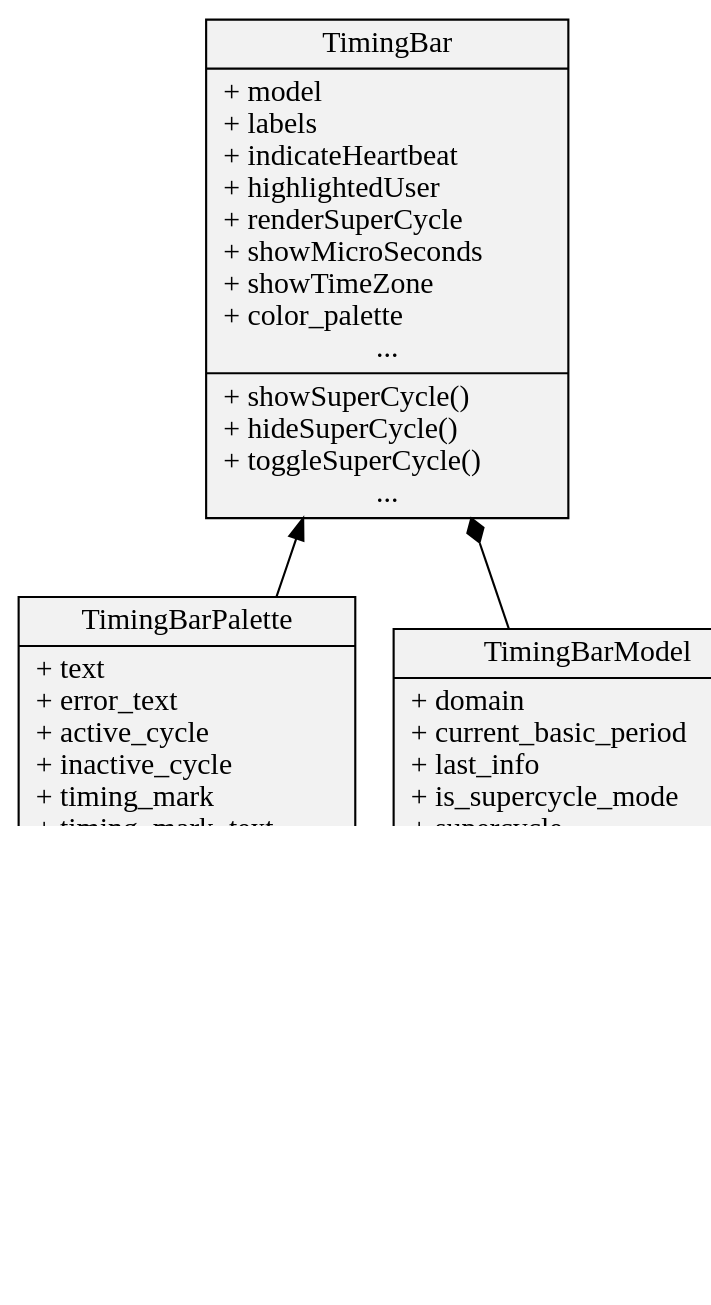
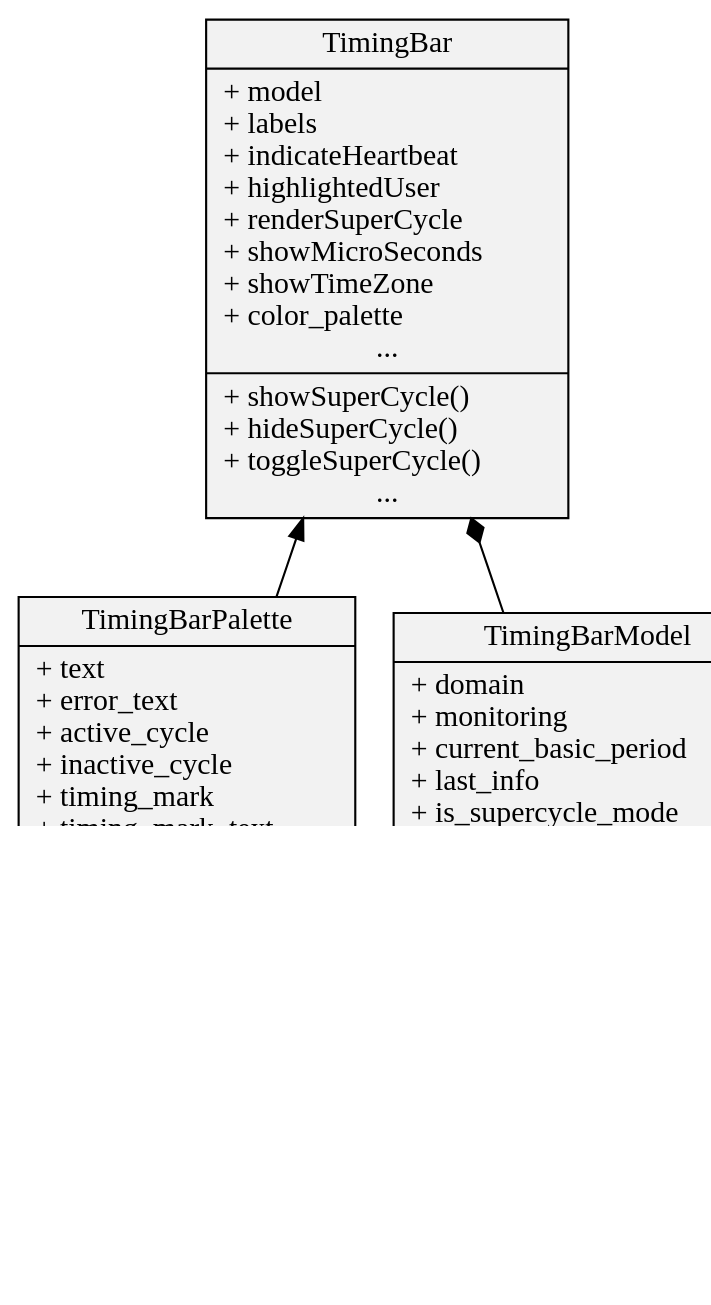
The diagram in docs/widgets/timing_bar/api/modules.rst (jfpatrick/accsoft-gui-pyqt-widgets), drawn with Graphviz before and after one commit. The commit also changed 2 other files, not shown here.

Commit message:
Do not auto start new subscriptions if monitoring has been disabled

```diff
--- a/docs/widgets/timing_bar/api/modules.rst
+++ b/docs/widgets/timing_bar/api/modules.rst
@@ -7,20 +7,20 @@
 .. graphviz::
    :align: center
    :caption: TimingBar widget architecture
    :alt: TimingBar widget architecture
 
    digraph hierarchy {
      graph[resolution=120];
      size="5,5"
      node[shape=record,style=filled,fillcolor=gray95];
      edge[dir=back, arrowtail=empty];
 
      widget [label="{TimingBar|+ model\l+ labels\l+ indicateHeartbeat\l+ highlightedUser\l+ renderSuperCycle\l+ showMicroSeconds\l+ showTimeZone\l+ color_palette\l...|+ showSuperCycle()\l+ hideSuperCycle()\l+ toggleSuperCycle()\l...}"]
      palette [label="{TimingBarPalette|+ text\l+ error_text\l+ active_cycle\l+ inactive_cycle\l+ timing_mark\l+ timing_mark_text\l+ frame\l+ bg_top\l+ bg_bottom\l+ bg_pattern\l+ bg_top_alt\l+ bg_bottom_alt\l+ bg_pattern_alt\l|}"]
-     model [label="{TimingBarModel|+ domain\l+ current_basic_period\l+ last_info\l+ is_supercycle_mode\l+ supercycle\l+ cycle_count\l+ supercycle_duration\l+ current_cycle_index\l+ has_error\l+ activate\l|+ activate()\l...}"]
+     model [label="{TimingBarModel|+ domain\l+ monitoring\l+ current_basic_period\l+ last_info\l+ is_supercycle_mode\l+ supercycle\l+ cycle_count\l+ supercycle_duration\l+ current_cycle_index\l+ has_error\l+ activate\l|+ activate()\l...}"]
      domain [label="{TimingBarDomain|...|}"]
 
      widget -> model [arrowtail=diamond];
      widget -> palette [arrowtail=normal];
      model -> domain [arrowtail=none];
    }
```
